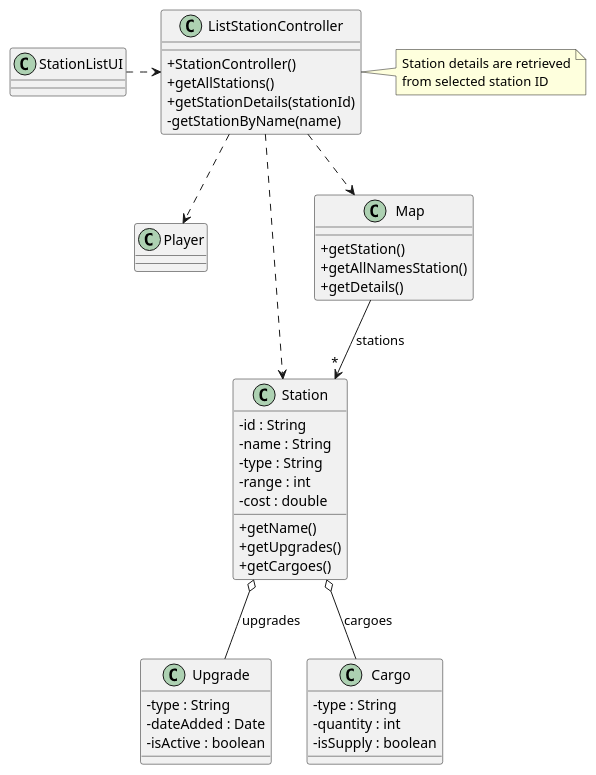
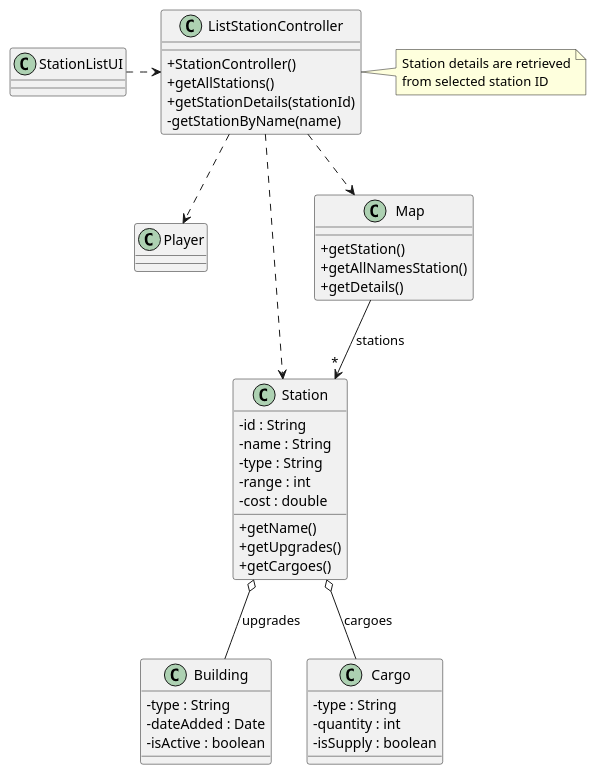
One commit to 1240826/empire-on-tracks changed the diagram in docs/system-documentation/US007/03.design/puml/US007-CD.puml. Above: the diagram before and after it, drawn with PlantUML. The commit also changed 11 other files, not shown here.

```diff
--- a/docs/system-documentation/US007/03.design/puml/US007-CD.puml
+++ b/docs/system-documentation/US007/03.design/puml/US007-CD.puml
@@ -1,79 +1,79 @@
 @startuml
 'skinparam monochrome true
 skinparam packageStyle rectangle
 skinparam shadowing false
 skinparam linetype polyline
 'skinparam linetype orto
 
 skinparam classAttributeIconSize 0
 
 'left to right direction
 
 class Player {
 }
 
 class Station {
     - id : String
     - name : String
     - type : String
     - range : int
     - cost : double
 
     + getName()
     + getUpgrades()
     + getCargoes()
 }
 
-class Upgrade {
+class Building {
     - type : String
     - dateAdded : Date
     - isActive : boolean
 }
 
 class Cargo {
     - type : String
     - quantity : int
     - isSupply : boolean
 }
 
 class Map {
     + getStation()
     + getAllNamesStation()
     + getDetails()
 }
 
 
 class ListStationController {
     + StationController()
     + getAllStations()
     + getStationDetails(stationId)
     - getStationByName(name)
 }
 
 note right of ListStationController
     Station details are retrieved
     from selected station ID
 end note
 
 
 
 class StationListUI {
 }
 
 ' Relationships
 StationListUI .> ListStationController
 
 ListStationController ..> Player
 ListStationController ..> Station
 ListStationController ..> Map
 
 
 Map --> "*" Station : stations
 
 
-Station  o--  Upgrade : upgrades
+Station  o--  Building : upgrades
 Station  o--  Cargo : cargoes
 
 
 
 @enduml
```
